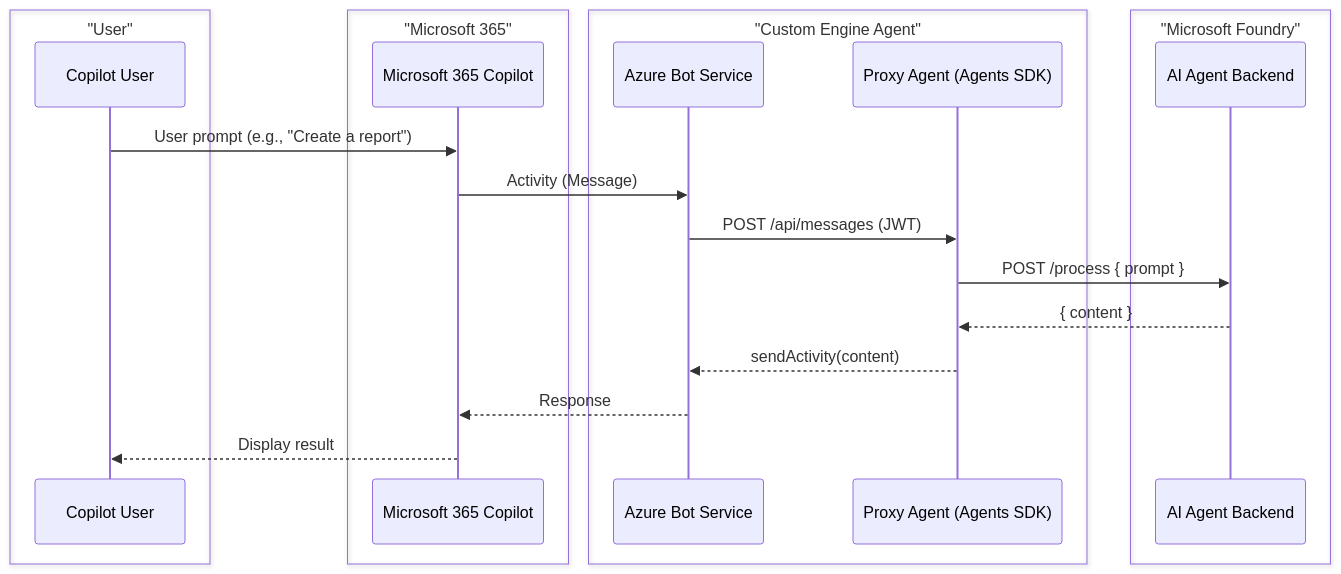
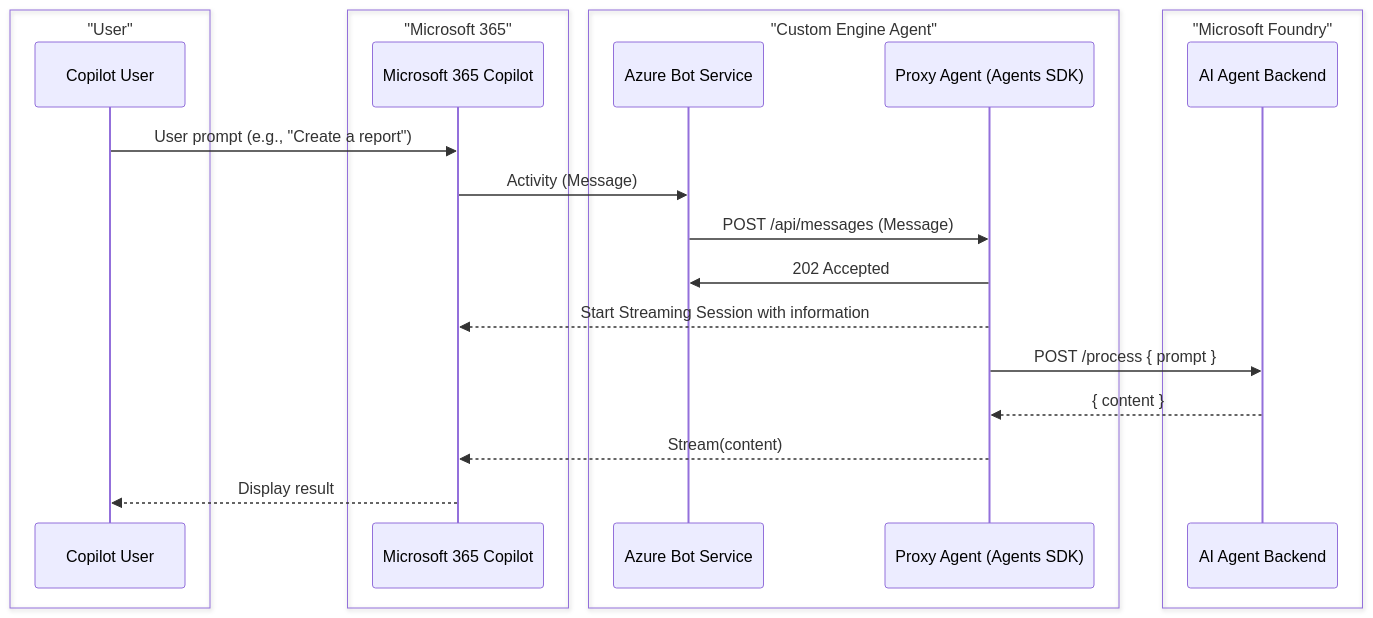
One commit to OfficeDev/microsoft-365-agents-toolkit-samples changed the diagram in ProxyAgent-CSharp/README.md. Above: the diagram before and after it, drawn with Mermaid. The commit also changed other lines of this file and 3 other files, not shown here.

````diff
--- a/ProxyAgent-CSharp/README.md
+++ b/ProxyAgent-CSharp/README.md
@@ -19,30 +19,31 @@
 ```mermaid
 sequenceDiagram
     %% Groups
     box "User"
         participant U as Copilot User
     end
 
     box "Microsoft 365"
         participant M as Microsoft 365 Copilot
     end
 
     box "Custom Engine Agent"
         participant B as Azure Bot Service
         participant P as Proxy Agent (Agents SDK)
     end
 
     box "Microsoft Foundry"
         participant A as AI Agent Backend
     end
 
     %% Flow
     U->>M: User prompt (e.g., "Create a report")
     M->>B: Activity (Message)
-    B->>P: POST /api/messages (JWT)
+    B->>P: POST /api/messages (Message)
+    P->>B: 202 Accepted
+    P-->>M: Start Streaming Session with information
     P->>A: POST /process { prompt }
     A-->>P: { content }
-    P-->>B: sendActivity(content)
-    B-->>M: Response
+    P-->>M: Stream(content)
     M-->>U: Display result
 ```
````
